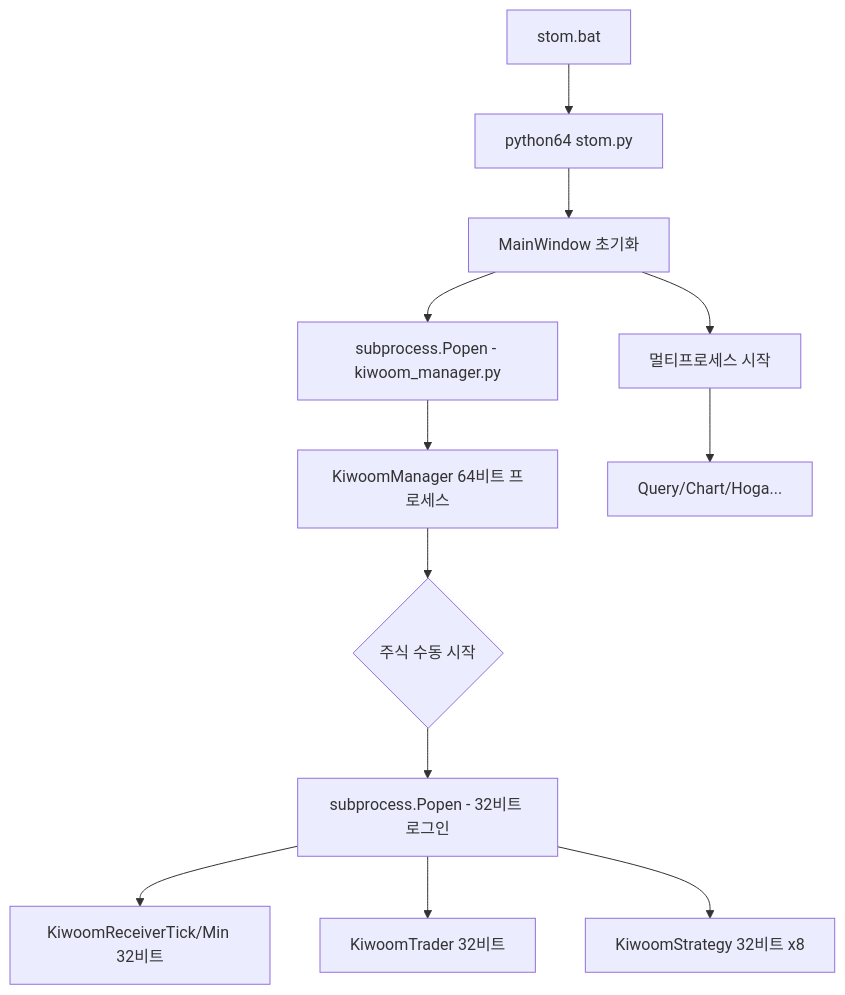
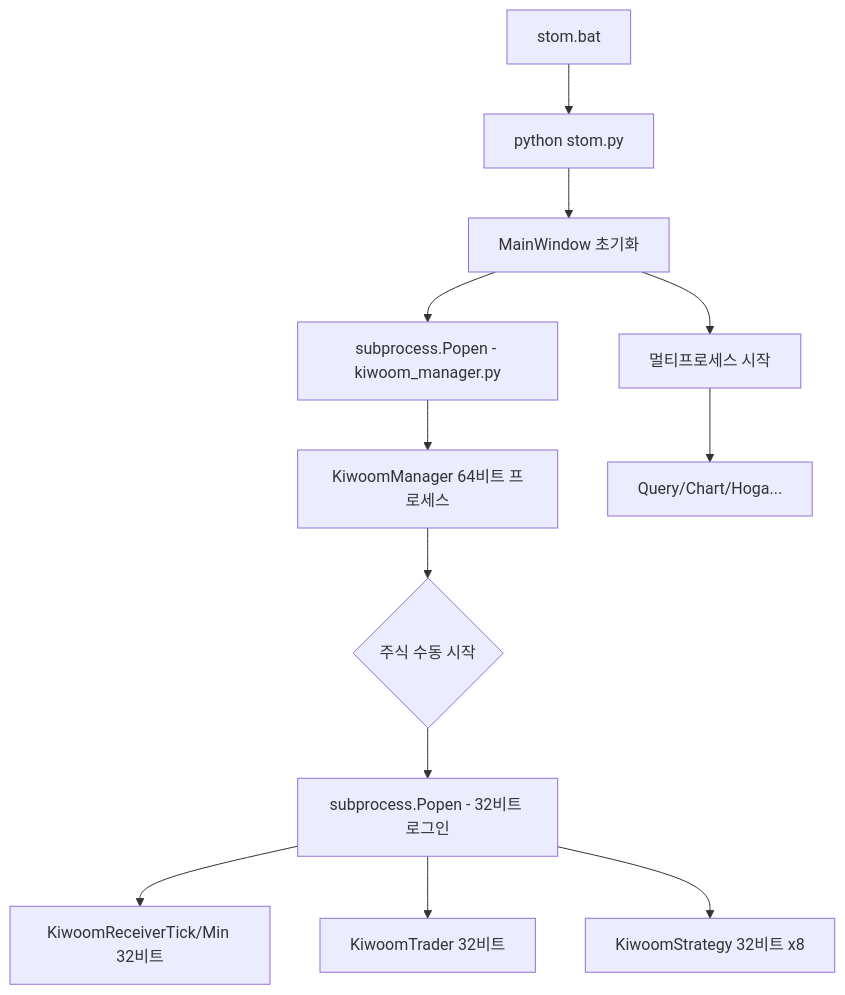
Before and after one commit to Py-CI-Park/STOM: the first of 2 diagrams in docs/가상환경구축연구/STOM_가상환경_구축_연구보고서.md, drawn with Mermaid. The commit also changed other lines of this file and 15 other files, not shown here.

````diff
--- a/docs/가상환경구축연구/STOM_가상환경_구축_연구보고서.md
+++ b/docs/가상환경구축연구/STOM_가상환경_구축_연구보고서.md
@@ -63,16 +63,16 @@
 ```mermaid
 graph TD
-    A[stom.bat] --> B[python64 stom.py]
+    A[stom.bat] --> B[python stom.py]
     B --> C[MainWindow 초기화]
     C --> D[subprocess.Popen - kiwoom_manager.py]
     D --> E[KiwoomManager 64비트 프로세스]
 
     C --> F[멀티프로세스 시작]
     F --> G[Query/Chart/Hoga...]
 
     E --> H{주식 수동 시작}
     H --> I[subprocess.Popen - 32비트 로그인]
     I --> J[KiwoomReceiverTick/Min 32비트]
     I --> K[KiwoomTrader 32비트]
     I --> L[KiwoomStrategy 32비트 x8]
 ```
````
